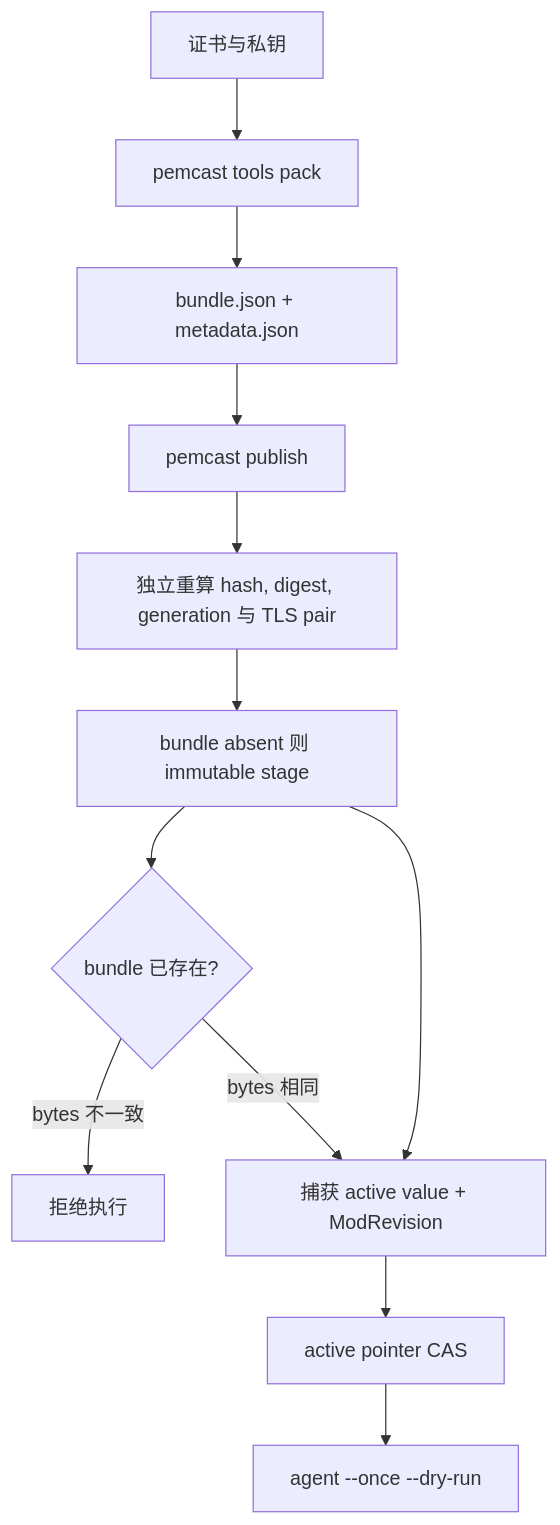
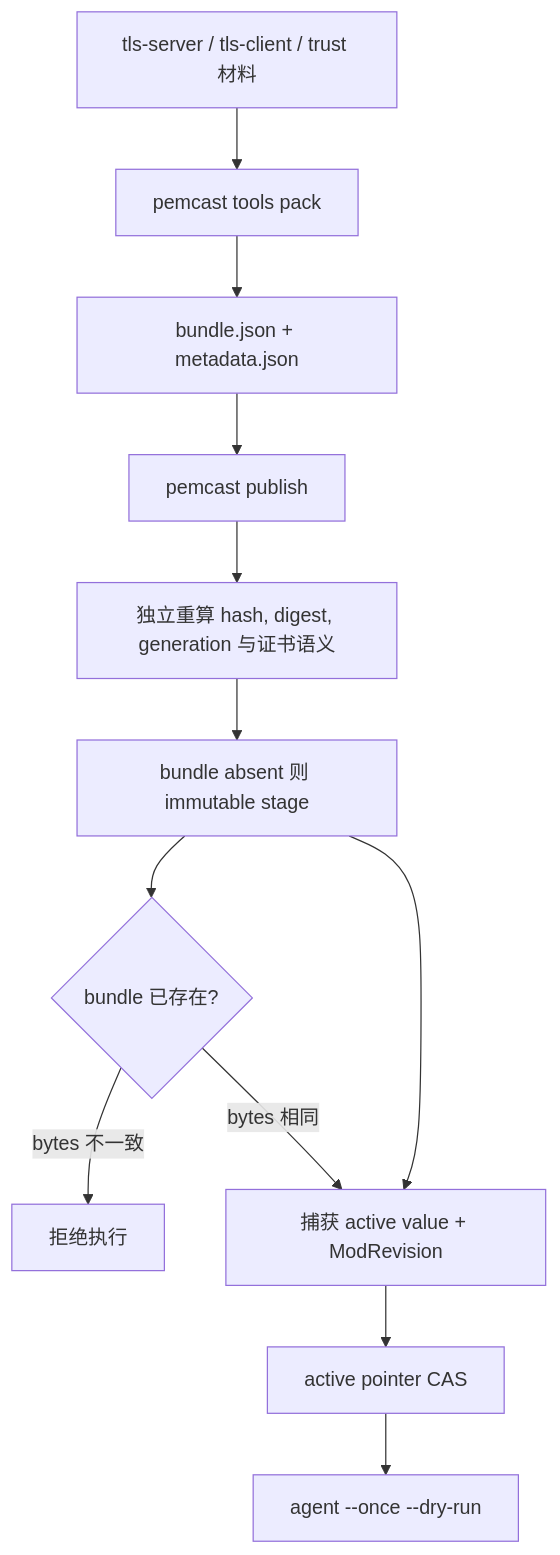
One commit to lwmacct/260907-pemcast changed the diagram in .agents/skills/repo-deployment/references/publishing.md. Above: the diagram before and after it, drawn with Mermaid. The commit also changed other lines of this file and 51 other files, not shown here.

````diff
--- a/.agents/skills/repo-deployment/references/publishing.md
+++ b/.agents/skills/repo-deployment/references/publishing.md
@@ -12,14 +12,14 @@
 ```mermaid
 flowchart TD
-    material["证书与私钥"] --> pack["pemcast tools pack"]
+    material["tls-server / tls-client / trust 材料"] --> pack["pemcast tools pack"]
     pack --> artifacts["bundle.json + metadata.json"]
     artifacts --> publish["pemcast publish"]
-    publish --> validate["独立重算 hash, digest, generation 与 TLS pair"]
+    publish --> validate["独立重算 hash, digest, generation 与证书语义"]
     validate --> stage["bundle absent 则 immutable stage"]
     stage --> existing{"bundle 已存在?"}
     existing -->|"bytes 不一致"| stop["拒绝执行"]
     existing -->|"bytes 相同"| capture["捕获 active value + ModRevision"]
     stage --> capture
     capture --> pointer["active pointer CAS"]
     pointer --> dryrun["agent --once --dry-run"]
 ```
````
